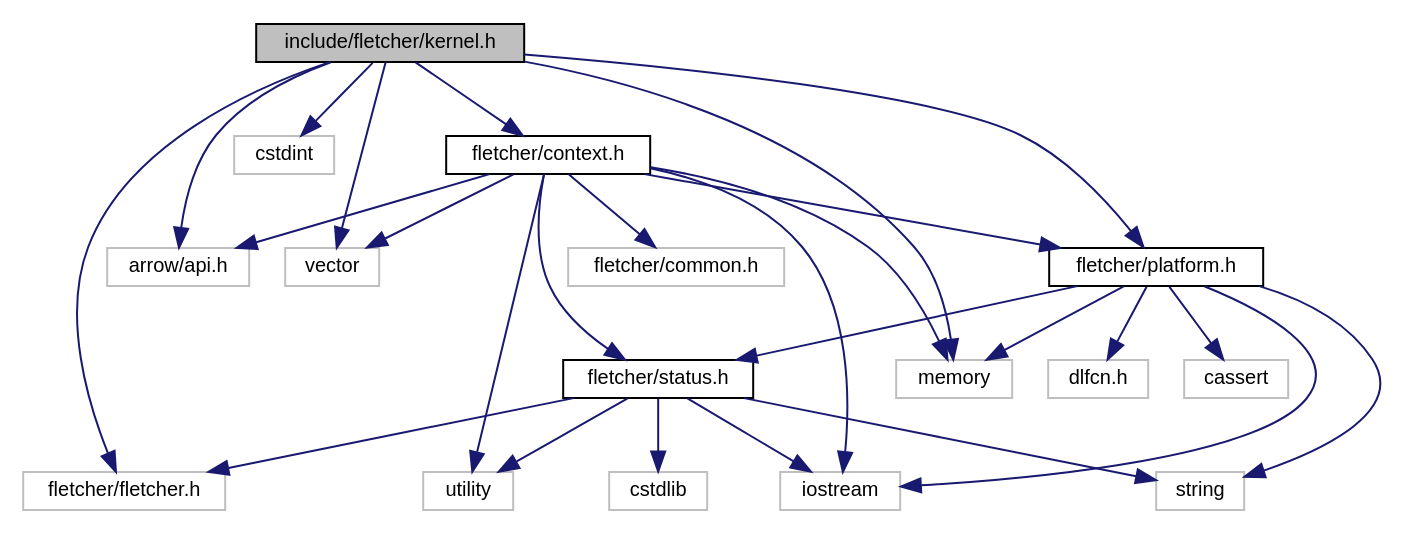
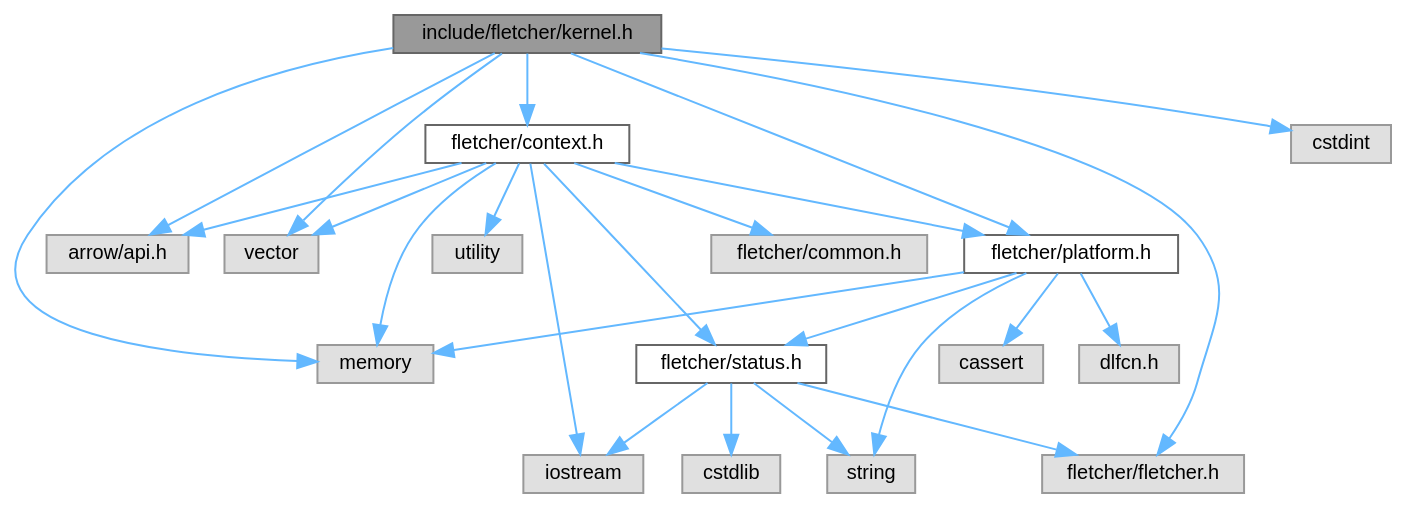
The diagram in api/fletcher-cpp/kernel_8h__incl.dot (abs-tudelft/fletcher), drawn with Graphviz before and after one commit. The commit also changed 621 other files, not shown here.

```diff
--- a/api/fletcher-cpp/kernel_8h__incl.dot
+++ b/api/fletcher-cpp/kernel_8h__incl.dot
@@ -1,48 +1,47 @@
 digraph "include/fletcher/kernel.h"
 {
  // LATEX_PDF_SIZE
-  edge [fontname="Helvetica",fontsize="10",labelfontname="Helvetica",labelfontsize="10"];
-  node [fontname="Helvetica",fontsize="10",shape=record];
-  Node1 [label="include/fletcher/kernel.h",height=0.2,width=0.4,color="black", fillcolor="grey75", style="filled", fontcolor="black",tooltip=" "];
-  Node1 -> Node2 [color="midnightblue",fontsize="10",style="solid",fontname="Helvetica"];
-  Node2 [label="arrow/api.h",height=0.2,width=0.4,color="grey75", fillcolor="white", style="filled",tooltip=" "];
-  Node1 -> Node3 [color="midnightblue",fontsize="10",style="solid",fontname="Helvetica"];
-  Node3 [label="fletcher/fletcher.h",height=0.2,width=0.4,color="grey75", fillcolor="white", style="filled",tooltip=" "];
-  Node1 -> Node4 [color="midnightblue",fontsize="10",style="solid",fontname="Helvetica"];
-  Node4 [label="cstdint",height=0.2,width=0.4,color="grey75", fillcolor="white", style="filled",tooltip=" "];
-  Node1 -> Node5 [color="midnightblue",fontsize="10",style="solid",fontname="Helvetica"];
-  Node5 [label="vector",height=0.2,width=0.4,color="grey75", fillcolor="white", style="filled",tooltip=" "];
-  Node1 -> Node6 [color="midnightblue",fontsize="10",style="solid",fontname="Helvetica"];
-  Node6 [label="memory",height=0.2,width=0.4,color="grey75", fillcolor="white", style="filled",tooltip=" "];
-  Node1 -> Node7 [color="midnightblue",fontsize="10",style="solid",fontname="Helvetica"];
-  Node7 [label="fletcher/context.h",height=0.2,width=0.4,color="black", fillcolor="white", style="filled",URL="$context_8h.html",tooltip=" "];
-  Node7 -> Node2 [color="midnightblue",fontsize="10",style="solid",fontname="Helvetica"];
-  Node7 -> Node8 [color="midnightblue",fontsize="10",style="solid",fontname="Helvetica"];
-  Node8 [label="fletcher/common.h",height=0.2,width=0.4,color="grey75", fillcolor="white", style="filled",tooltip=" "];
-  Node7 -> Node9 [color="midnightblue",fontsize="10",style="solid",fontname="Helvetica"];
-  Node9 [label="utility",height=0.2,width=0.4,color="grey75", fillcolor="white", style="filled",tooltip=" "];
-  Node7 -> Node5 [color="midnightblue",fontsize="10",style="solid",fontname="Helvetica"];
-  Node7 -> Node6 [color="midnightblue",fontsize="10",style="solid",fontname="Helvetica"];
-  Node7 -> Node10 [color="midnightblue",fontsize="10",style="solid",fontname="Helvetica"];
-  Node10 [label="iostream",height=0.2,width=0.4,color="grey75", fillcolor="white", style="filled",tooltip=" "];
-  Node7 -> Node11 [color="midnightblue",fontsize="10",style="solid",fontname="Helvetica"];
-  Node11 [label="fletcher/platform.h",height=0.2,width=0.4,color="black", fillcolor="white", style="filled",URL="$platform_8h.html",tooltip=" "];
-  Node11 -> Node12 [color="midnightblue",fontsize="10",style="solid",fontname="Helvetica"];
-  Node12 [label="dlfcn.h",height=0.2,width=0.4,color="grey75", fillcolor="white", style="filled",tooltip=" "];
-  Node11 -> Node10 [color="midnightblue",fontsize="10",style="solid",fontname="Helvetica"];
-  Node11 -> Node6 [color="midnightblue",fontsize="10",style="solid",fontname="Helvetica"];
-  Node11 -> Node13 [color="midnightblue",fontsize="10",style="solid",fontname="Helvetica"];
-  Node13 [label="string",height=0.2,width=0.4,color="grey75", fillcolor="white", style="filled",tooltip=" "];
-  Node11 -> Node14 [color="midnightblue",fontsize="10",style="solid",fontname="Helvetica"];
-  Node14 [label="cassert",height=0.2,width=0.4,color="grey75", fillcolor="white", style="filled",tooltip=" "];
-  Node11 -> Node15 [color="midnightblue",fontsize="10",style="solid",fontname="Helvetica"];
-  Node15 [label="fletcher/status.h",height=0.2,width=0.4,color="black", fillcolor="white", style="filled",URL="$status_8h.html",tooltip=" "];
-  Node15 -> Node3 [color="midnightblue",fontsize="10",style="solid",fontname="Helvetica"];
-  Node15 -> Node16 [color="midnightblue",fontsize="10",style="solid",fontname="Helvetica"];
-  Node16 [label="cstdlib",height=0.2,width=0.4,color="grey75", fillcolor="white", style="filled",tooltip=" "];
-  Node15 -> Node13 [color="midnightblue",fontsize="10",style="solid",fontname="Helvetica"];
-  Node15 -> Node10 [color="midnightblue",fontsize="10",style="solid",fontname="Helvetica"];
-  Node15 -> Node9 [color="midnightblue",fontsize="10",style="solid",fontname="Helvetica"];
-  Node7 -> Node15 [color="midnightblue",fontsize="10",style="solid",fontname="Helvetica"];
-  Node1 -> Node11 [color="midnightblue",fontsize="10",style="solid",fontname="Helvetica"];
+  bgcolor="transparent";
+  edge [fontname=Helvetica,fontsize=10,labelfontname=Helvetica,labelfontsize=10];
+  node [fontname=Helvetica,fontsize=10,shape=box,height=0.2,width=0.4];
+  Node1 [id="Node000001",label="include/fletcher/kernel.h",height=0.2,width=0.4,color="gray40", fillcolor="grey60", style="filled", fontcolor="black",tooltip=" "];
+  Node1 -> Node2 [id="edge1_Node000001_Node000002",color="steelblue1",style="solid",tooltip=" "];
+  Node2 [id="Node000002",label="arrow/api.h",height=0.2,width=0.4,color="grey60", fillcolor="#E0E0E0", style="filled",tooltip=" "];
+  Node1 -> Node3 [id="edge2_Node000001_Node000003",color="steelblue1",style="solid",tooltip=" "];
+  Node3 [id="Node000003",label="fletcher/fletcher.h",height=0.2,width=0.4,color="grey60", fillcolor="#E0E0E0", style="filled",tooltip=" "];
+  Node1 -> Node4 [id="edge3_Node000001_Node000004",color="steelblue1",style="solid",tooltip=" "];
+  Node4 [id="Node000004",label="cstdint",height=0.2,width=0.4,color="grey60", fillcolor="#E0E0E0", style="filled",tooltip=" "];
+  Node1 -> Node5 [id="edge4_Node000001_Node000005",color="steelblue1",style="solid",tooltip=" "];
+  Node5 [id="Node000005",label="vector",height=0.2,width=0.4,color="grey60", fillcolor="#E0E0E0", style="filled",tooltip=" "];
+  Node1 -> Node6 [id="edge5_Node000001_Node000006",color="steelblue1",style="solid",tooltip=" "];
+  Node6 [id="Node000006",label="memory",height=0.2,width=0.4,color="grey60", fillcolor="#E0E0E0", style="filled",tooltip=" "];
+  Node1 -> Node7 [id="edge6_Node000001_Node000007",color="steelblue1",style="solid",tooltip=" "];
+  Node7 [id="Node000007",label="fletcher/context.h",height=0.2,width=0.4,color="grey40", fillcolor="white", style="filled",URL="$context_8h.html",tooltip=" "];
+  Node7 -> Node2 [id="edge7_Node000007_Node000002",color="steelblue1",style="solid",tooltip=" "];
+  Node7 -> Node8 [id="edge8_Node000007_Node000008",color="steelblue1",style="solid",tooltip=" "];
+  Node8 [id="Node000008",label="fletcher/common.h",height=0.2,width=0.4,color="grey60", fillcolor="#E0E0E0", style="filled",tooltip=" "];
+  Node7 -> Node9 [id="edge9_Node000007_Node000009",color="steelblue1",style="solid",tooltip=" "];
+  Node9 [id="Node000009",label="utility",height=0.2,width=0.4,color="grey60", fillcolor="#E0E0E0", style="filled",tooltip=" "];
+  Node7 -> Node5 [id="edge10_Node000007_Node000005",color="steelblue1",style="solid",tooltip=" "];
+  Node7 -> Node6 [id="edge11_Node000007_Node000006",color="steelblue1",style="solid",tooltip=" "];
+  Node7 -> Node10 [id="edge12_Node000007_Node000010",color="steelblue1",style="solid",tooltip=" "];
+  Node10 [id="Node000010",label="iostream",height=0.2,width=0.4,color="grey60", fillcolor="#E0E0E0", style="filled",tooltip=" "];
+  Node7 -> Node11 [id="edge13_Node000007_Node000011",color="steelblue1",style="solid",tooltip=" "];
+  Node11 [id="Node000011",label="fletcher/platform.h",height=0.2,width=0.4,color="grey40", fillcolor="white", style="filled",URL="$platform_8h.html",tooltip=" "];
+  Node11 -> Node12 [id="edge14_Node000011_Node000012",color="steelblue1",style="solid",tooltip=" "];
+  Node12 [id="Node000012",label="dlfcn.h",height=0.2,width=0.4,color="grey60", fillcolor="#E0E0E0", style="filled",tooltip=" "];
+  Node11 -> Node6 [id="edge15_Node000011_Node000006",color="steelblue1",style="solid",tooltip=" "];
+  Node11 -> Node13 [id="edge16_Node000011_Node000013",color="steelblue1",style="solid",tooltip=" "];
+  Node13 [id="Node000013",label="string",height=0.2,width=0.4,color="grey60", fillcolor="#E0E0E0", style="filled",tooltip=" "];
+  Node11 -> Node14 [id="edge17_Node000011_Node000014",color="steelblue1",style="solid",tooltip=" "];
+  Node14 [id="Node000014",label="cassert",height=0.2,width=0.4,color="grey60", fillcolor="#E0E0E0", style="filled",tooltip=" "];
+  Node11 -> Node15 [id="edge18_Node000011_Node000015",color="steelblue1",style="solid",tooltip=" "];
+  Node15 [id="Node000015",label="fletcher/status.h",height=0.2,width=0.4,color="grey40", fillcolor="white", style="filled",URL="$status_8h.html",tooltip=" "];
+  Node15 -> Node3 [id="edge19_Node000015_Node000003",color="steelblue1",style="solid",tooltip=" "];
+  Node15 -> Node16 [id="edge20_Node000015_Node000016",color="steelblue1",style="solid",tooltip=" "];
+  Node16 [id="Node000016",label="cstdlib",height=0.2,width=0.4,color="grey60", fillcolor="#E0E0E0", style="filled",tooltip=" "];
+  Node15 -> Node13 [id="edge21_Node000015_Node000013",color="steelblue1",style="solid",tooltip=" "];
+  Node15 -> Node10 [id="edge22_Node000015_Node000010",color="steelblue1",style="solid",tooltip=" "];
+  Node7 -> Node15 [id="edge23_Node000007_Node000015",color="steelblue1",style="solid",tooltip=" "];
+  Node1 -> Node11 [id="edge24_Node000001_Node000011",color="steelblue1",style="solid",tooltip=" "];
 }
```
